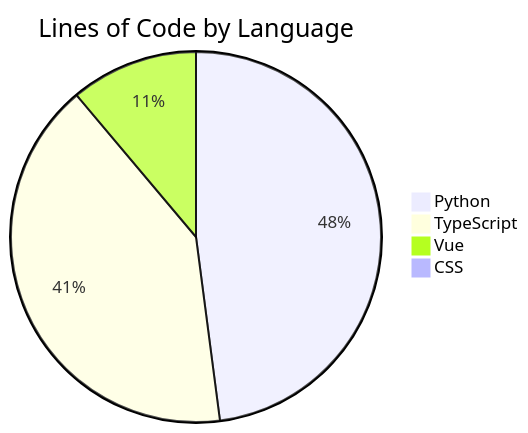
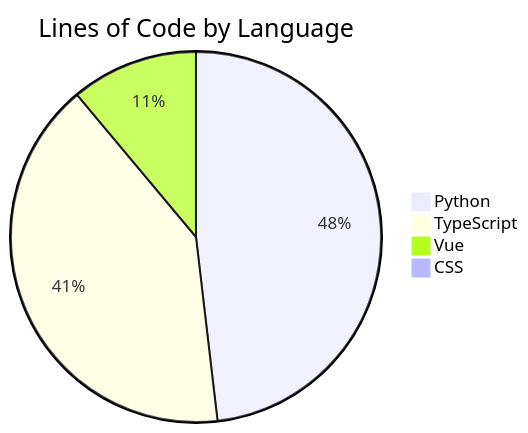
One commit to ISW-stack/AI3L-Community changed the diagram in README.md. Above: the diagram before and after it, drawn with Mermaid. The commit also changed other lines of this file and 1 other file, not shown here.

````diff
--- a/README.md
+++ b/README.md
@@ -368,7 +368,7 @@
 ```mermaid
 pie title Lines of Code by Language
-    "Python" : 100786
-    "TypeScript" : 86057
-    "Vue" : 23419
-    "CSS" : 126
+    "Python" : 101851
+    "TypeScript" : 86252
+    "Vue" : 23460
+    "CSS" : 127
 ```
````
